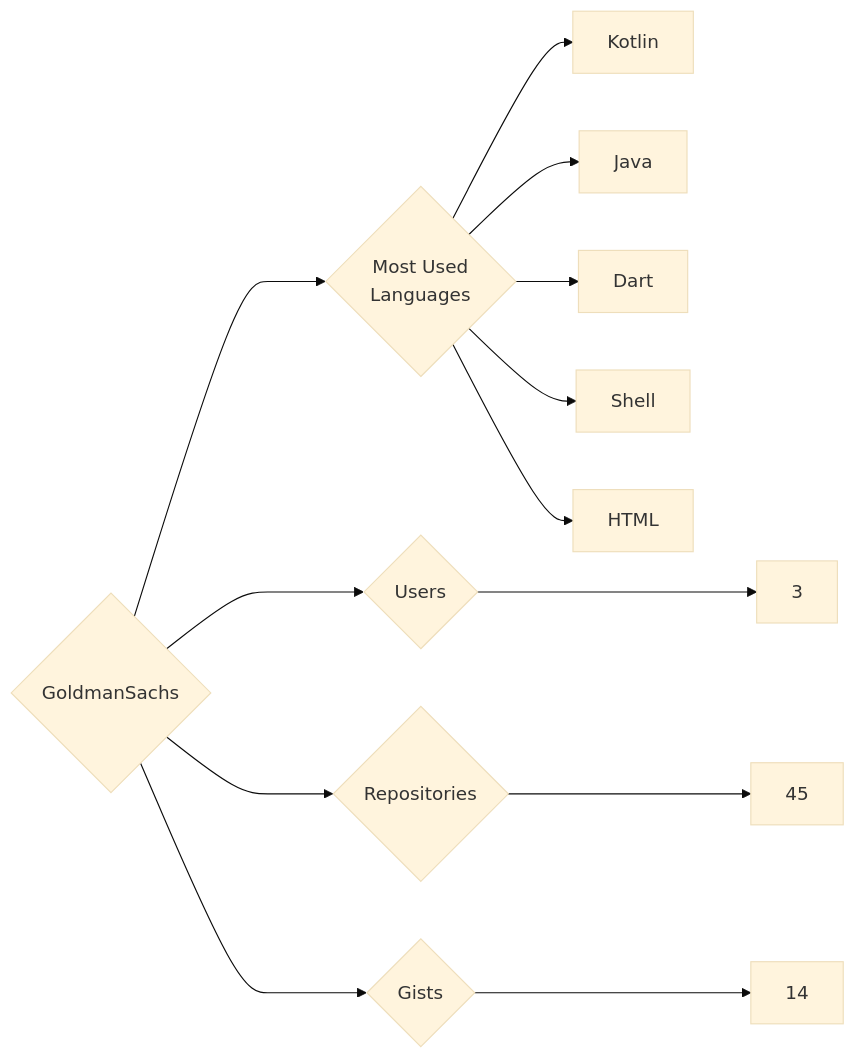
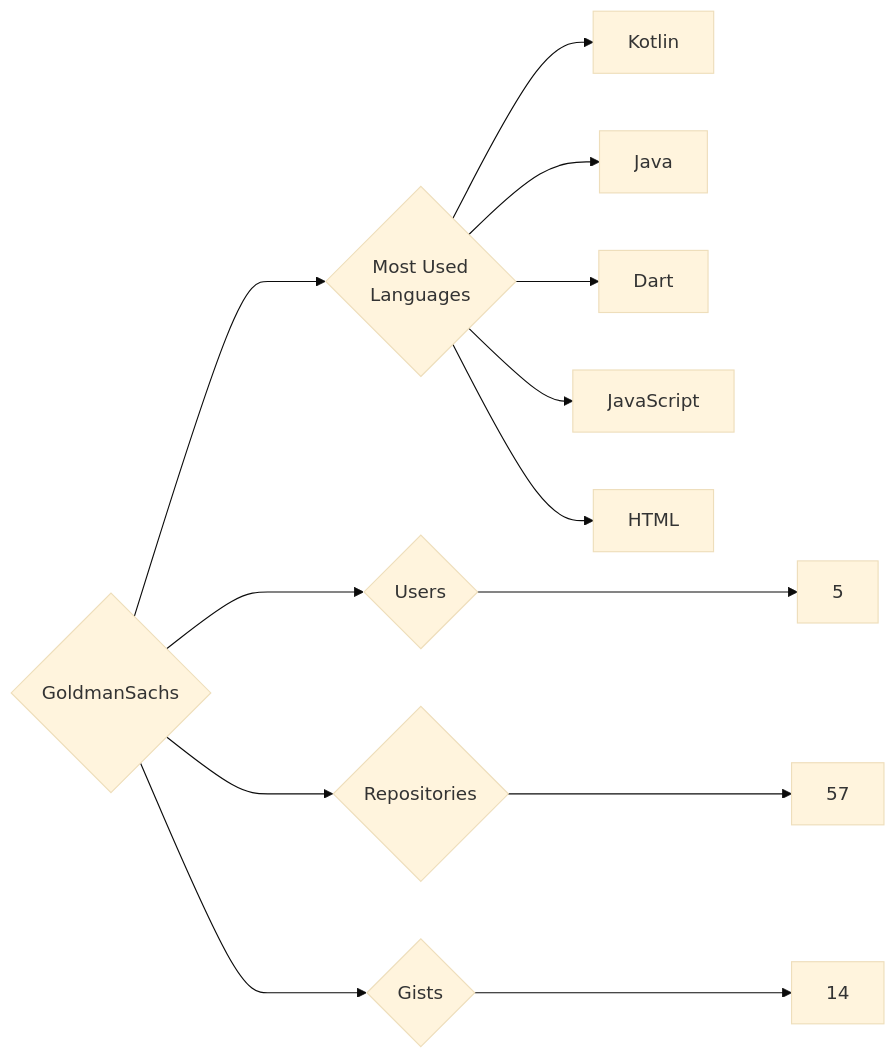
One commit to trickest/insiders changed the diagram in targets/GoldmanSachs/README.md. Above: the diagram before and after it, drawn with Mermaid (base theme). The commit also changed 1007 other files, not shown here.

````diff
--- a/targets/GoldmanSachs/README.md
+++ b/targets/GoldmanSachs/README.md
@@ -3,13 +3,13 @@
 ```mermaid
 graph LR
 COMPANY_NAME{GoldmanSachs}
-COMPANY_NAME ---> U{Users} ---> UN[3]
-COMPANY_NAME ---> R{Repositories} ---> RN[45]
+COMPANY_NAME ---> U{Users} ---> UN[5]
+COMPANY_NAME ---> R{Repositories} ---> RN[57]
 COMPANY_NAME ---> G{Gists} ---> GN[14]
 COMPANY_NAME ---> ML{Most Used<br>Languages}
 ML --> Kotlin[Kotlin]
 ML --> Java[Java]
 ML --> Dart[Dart]
-ML --> Shell[Shell]
+ML --> JavaScript[JavaScript]
 ML --> HTML[HTML]
 ```
````
